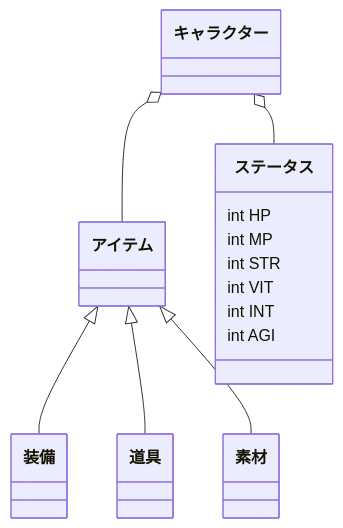
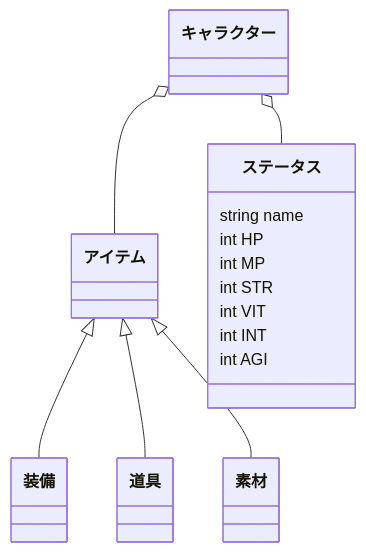
Before and after one commit to tpu-game-2023/mermaid_test: the third of 3 diagrams in README.md, drawn with Mermaid.

````diff
--- a/README.md
+++ b/README.md
@@ -65,15 +65,15 @@
 ```mermaid
 classDiagram
     キャラクター o-- アイテム
     キャラクター o-- ステータス
     アイテム <|-- 装備
     アイテム <|-- 道具
     アイテム <|-- 素材
-    ステータス : 
+    ステータス : string name
     ステータス : int HP
     ステータス : int MP
     ステータス : int STR
     ステータス : int VIT
     ステータス : int INT
     ステータス : int AGI
 ```
````
